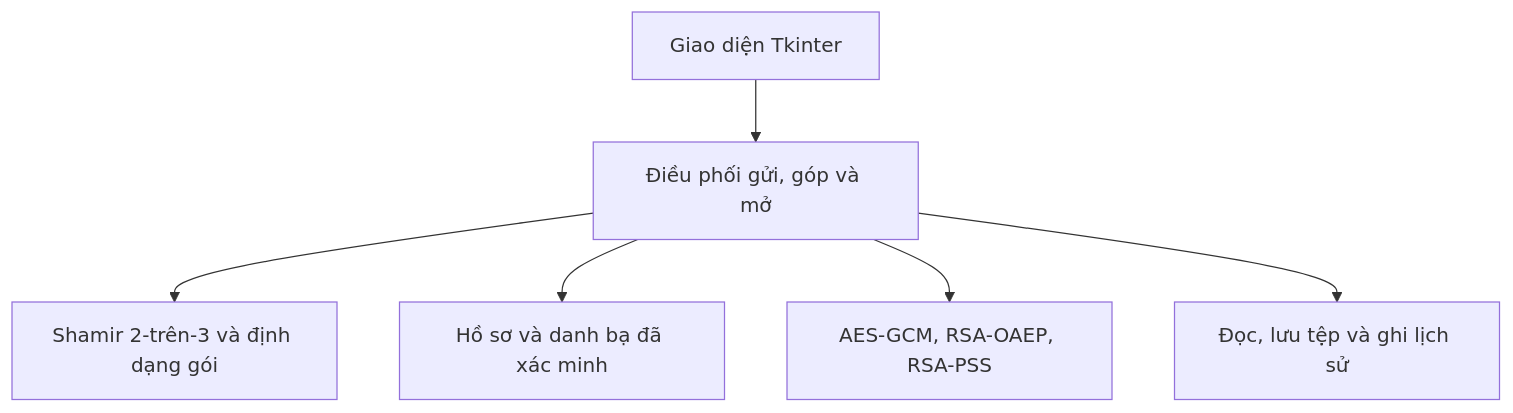
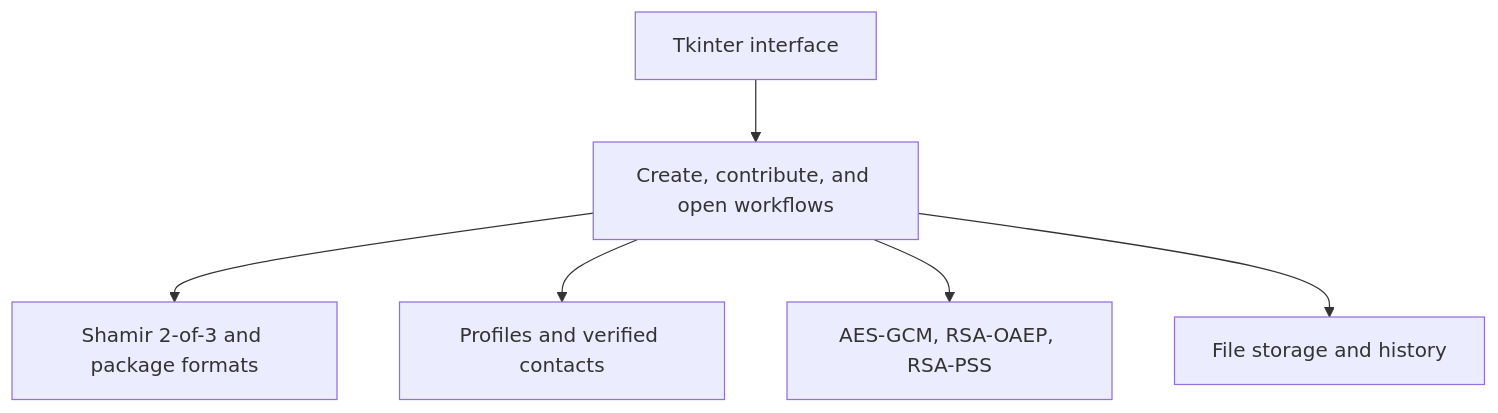
Before and after one commit to lebatiep/Shared-Files-Security: the first of 2 diagrams in README.md, drawn with Mermaid. The commit also changed other lines of this file, not shown here.

````diff
--- a/README.md
+++ b/README.md
@@ -24,8 +24,8 @@
 ```mermaid
 flowchart TD
-    UI["Giao diện Tkinter"] --> S["Điều phối gửi, góp và mở"]
-    S --> T["Shamir 2-trên-3 và định dạng gói"]
-    S --> K["Hồ sơ và danh bạ đã xác minh"]
+    UI["Tkinter interface"] --> S["Create, contribute, and open workflows"]
+    S --> T["Shamir 2-of-3 and package formats"]
+    S --> K["Profiles and verified contacts"]
     S --> C["AES-GCM, RSA-OAEP, RSA-PSS"]
-    S --> F["Đọc, lưu tệp và ghi lịch sử"]
+    S --> F["File storage and history"]
 ```
````
